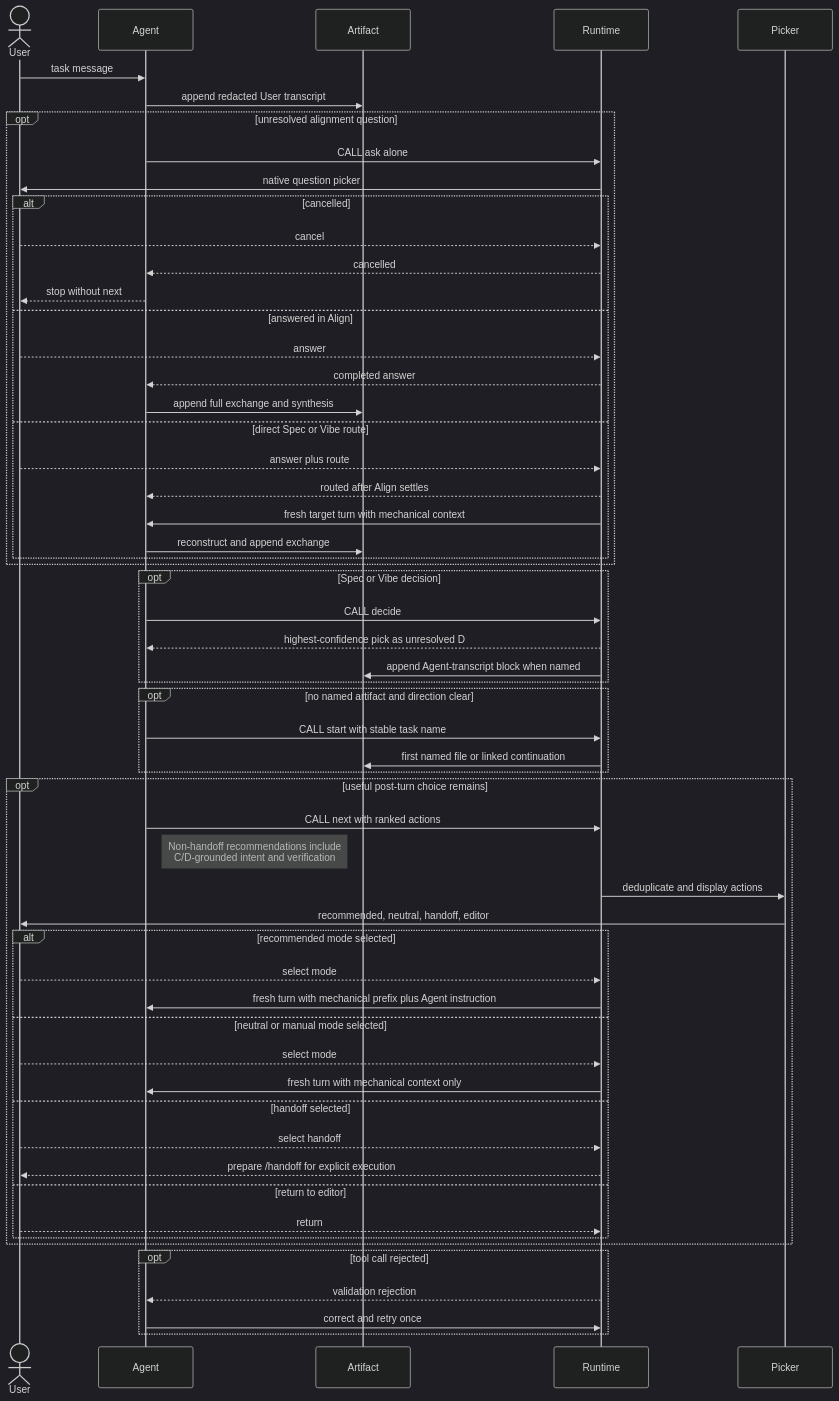
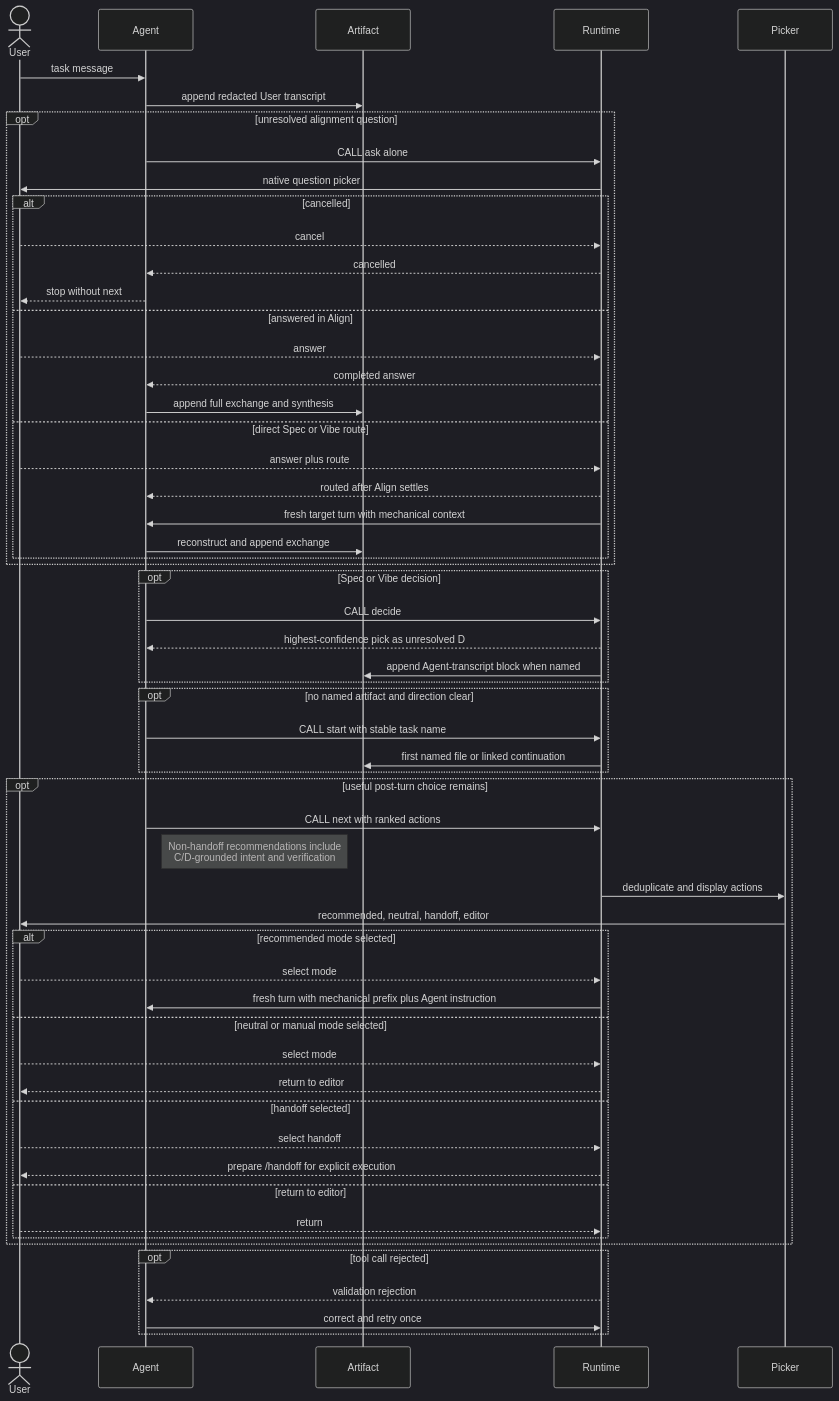
Before and after one commit to dhumdil-apps/pi-director: the tenth of 12 diagrams in docs/AGENT-WORKFLOW-DIAGRAMS.md, drawn with Mermaid (dark theme). The commit also changed 10 other files, not shown here.

````diff
--- a/docs/AGENT-WORKFLOW-DIAGRAMS.md
+++ b/docs/AGENT-WORKFLOW-DIAGRAMS.md
@@ -282,65 +282,65 @@
 ```mermaid
 sequenceDiagram
     actor User
     participant Agent
     participant Artifact
     participant Runtime
     participant Picker
 
     User->>Agent: task message
     Agent->>Artifact: append redacted User transcript
 
     opt unresolved alignment question
         Agent->>Runtime: CALL ask alone
         Runtime->>User: native question picker
         alt cancelled
             User-->>Runtime: cancel
             Runtime-->>Agent: cancelled
             Agent-->>User: stop without next
         else answered in Align
             User-->>Runtime: answer
             Runtime-->>Agent: completed answer
             Agent->>Artifact: append full exchange and synthesis
         else direct Spec or Vibe route
             User-->>Runtime: answer plus route
             Runtime-->>Agent: routed after Align settles
             Runtime->>Agent: fresh target turn with mechanical context
             Agent->>Artifact: reconstruct and append exchange
         end
     end
 
     opt Spec or Vibe decision
         Agent->>Runtime: CALL decide
         Runtime-->>Agent: highest-confidence pick as unresolved D
         Runtime->>Artifact: append Agent-transcript block when named
     end
 
     opt no named artifact and direction clear
         Agent->>Runtime: CALL start with stable task name
         Runtime->>Artifact: first named file or linked continuation
     end
 
     opt useful post-turn choice remains
         Agent->>Runtime: CALL next with ranked actions
         Note right of Agent: Non-handoff recommendations include<br/>C/D-grounded intent and verification
         Runtime->>Picker: deduplicate and display actions
         Picker->>User: recommended, neutral, handoff, editor
         alt recommended mode selected
             User-->>Runtime: select mode
             Runtime->>Agent: fresh turn with mechanical prefix plus Agent instruction
         else neutral or manual mode selected
             User-->>Runtime: select mode
-            Runtime->>Agent: fresh turn with mechanical context only
+            Runtime-->>User: return to editor
         else handoff selected
             User-->>Runtime: select handoff
             Runtime-->>User: prepare /handoff for explicit execution
         else return to editor
             User-->>Runtime: return
         end
     end
 
     opt tool call rejected
         Runtime-->>Agent: validation rejection
         Agent->>Runtime: correct and retry once
     end
 ```
````
